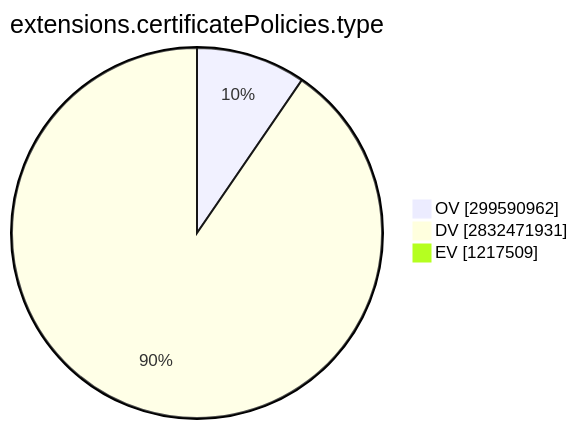
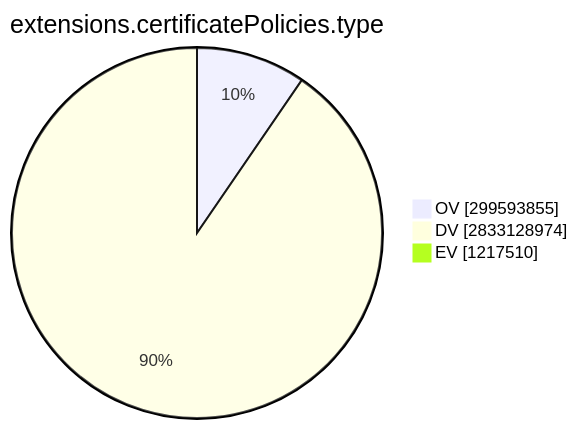
One commit to christiankrug/ctmonitor_visualization changed the ninth of 15 diagrams in TOTAL/README.md. Above: the diagram before and after it, drawn with Mermaid. The commit also changed other lines of this file, not shown here.

````diff
--- a/TOTAL/README.md
+++ b/TOTAL/README.md
@@ -3101,7 +3101,7 @@
 ```mermaid
 pie showData
 title extensions.certificatePolicies.type
-"OV" :299590962
-"DV" :2832471931
-"EV" :1217509
+"OV" :299593855
+"DV" :2833128974
+"EV" :1217510
 ```
````
